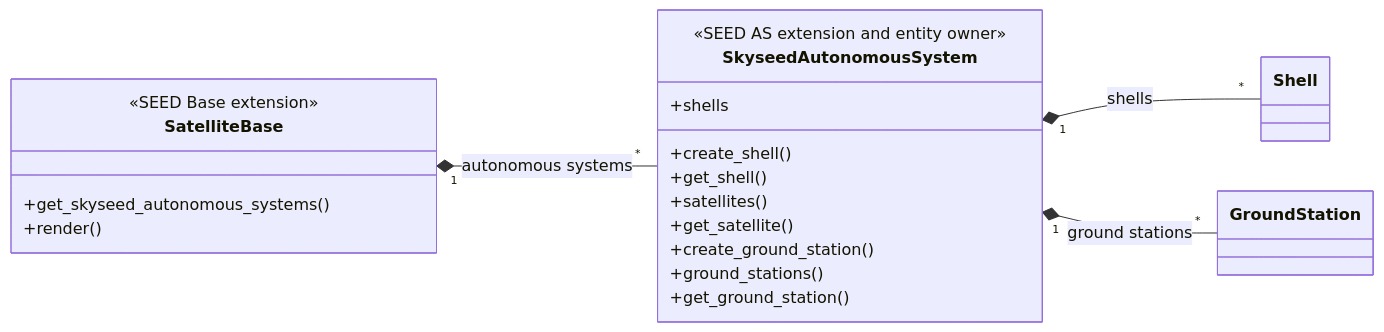
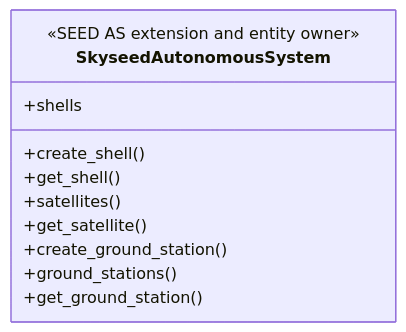
Before and after one commit to seed-labs/skyseed: the fourth of 4 diagrams in skyseed_v2/src/skyseed_v2/emulator/seedemu/README.md, drawn with Mermaid. The commit also changed other lines of this file and 52 other files, not shown here.

Commit message:
refactor: align Skyseed entities with upstream SEED lifecycle

````diff
--- a/skyseed_v2/src/skyseed_v2/emulator/seedemu/README.md
+++ b/skyseed_v2/src/skyseed_v2/emulator/seedemu/README.md
@@ -59,25 +49,14 @@
 ```mermaid
 classDiagram
-    direction LR
-    class SatelliteBase {
-        <<SEED Base extension>>
-        +get_skyseed_autonomous_systems()
-        +render()
-    }
     class SkyseedAutonomousSystem {
         <<SEED AS extension and entity owner>>
         +shells
         +create_shell()
         +get_shell()
         +satellites()
         +get_satellite()
         +create_ground_station()
         +ground_stations()
         +get_ground_station()
     }
-    class Shell
-    class GroundStation
-    SatelliteBase "1" *-- "*" SkyseedAutonomousSystem : autonomous systems
-    SkyseedAutonomousSystem "1" *-- "*" Shell : shells
-    SkyseedAutonomousSystem "1" *-- "*" GroundStation : ground stations
 ```
````
